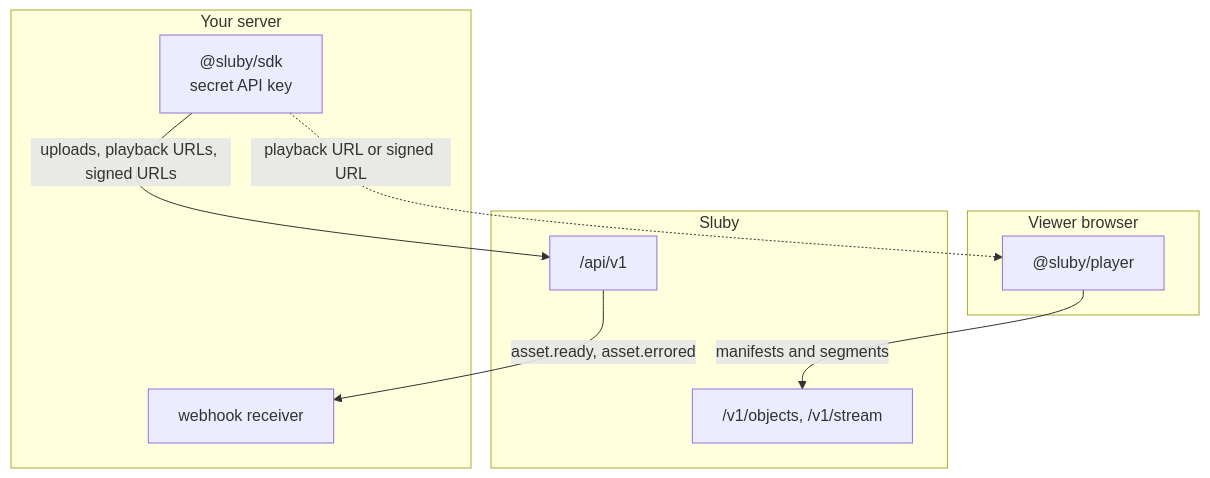
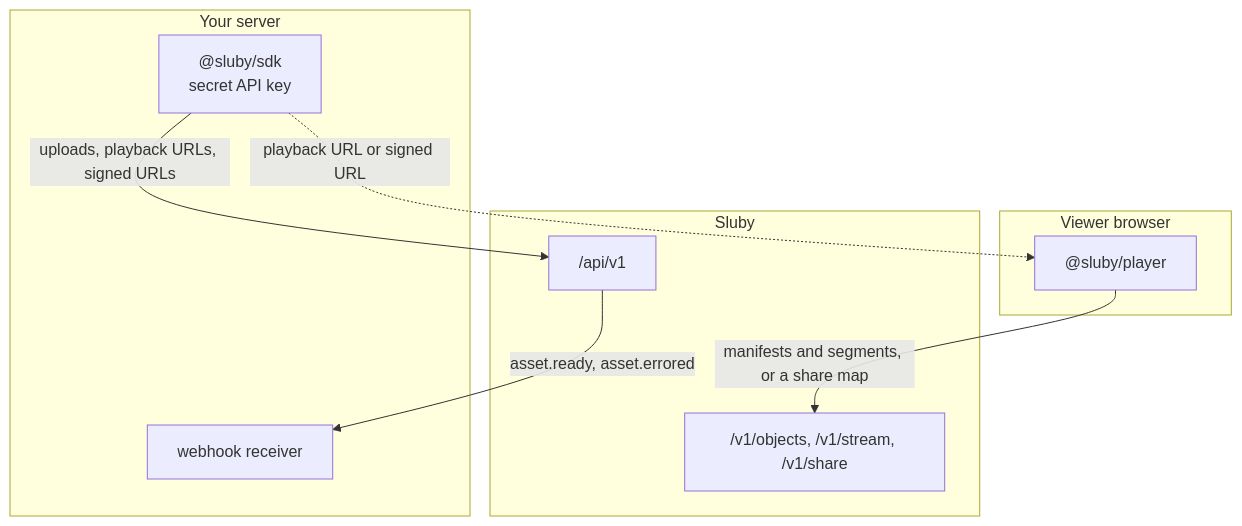
One commit to justmert/Sluby changed the diagram in docs/architecture/sdk-patterns.md. Above: the diagram before and after it, drawn with Mermaid. The commit also changed other lines of this file and 5 other files, not shown here.

Commit message:
document keyless direct-from-sia playback and the public share map in the guides and architecture pages

````diff
--- a/docs/architecture/sdk-patterns.md
+++ b/docs/architecture/sdk-patterns.md
@@ -7,18 +7,18 @@
 ```mermaid
 flowchart TB
   subgraph yourserver [Your server]
     sdk["@sluby/sdk<br/>secret API key"]
     hook[webhook receiver]
   end
   subgraph sluby [Sluby]
     api["/api/v1"]
-    gw["/v1/objects, /v1/stream"]
+    gw["/v1/objects, /v1/stream, /v1/share"]
   end
   subgraph browser [Viewer browser]
     player["@sluby/player"]
   end
   sdk -- "uploads, playback URLs, signed URLs" --> api
   api -- "asset.ready, asset.errored" --> hook
   sdk -. "playback URL or signed URL" .-> player
-  player -- "manifests and segments" --> gw
+  player -- "manifests and segments, or a share map" --> gw
 ```
````
